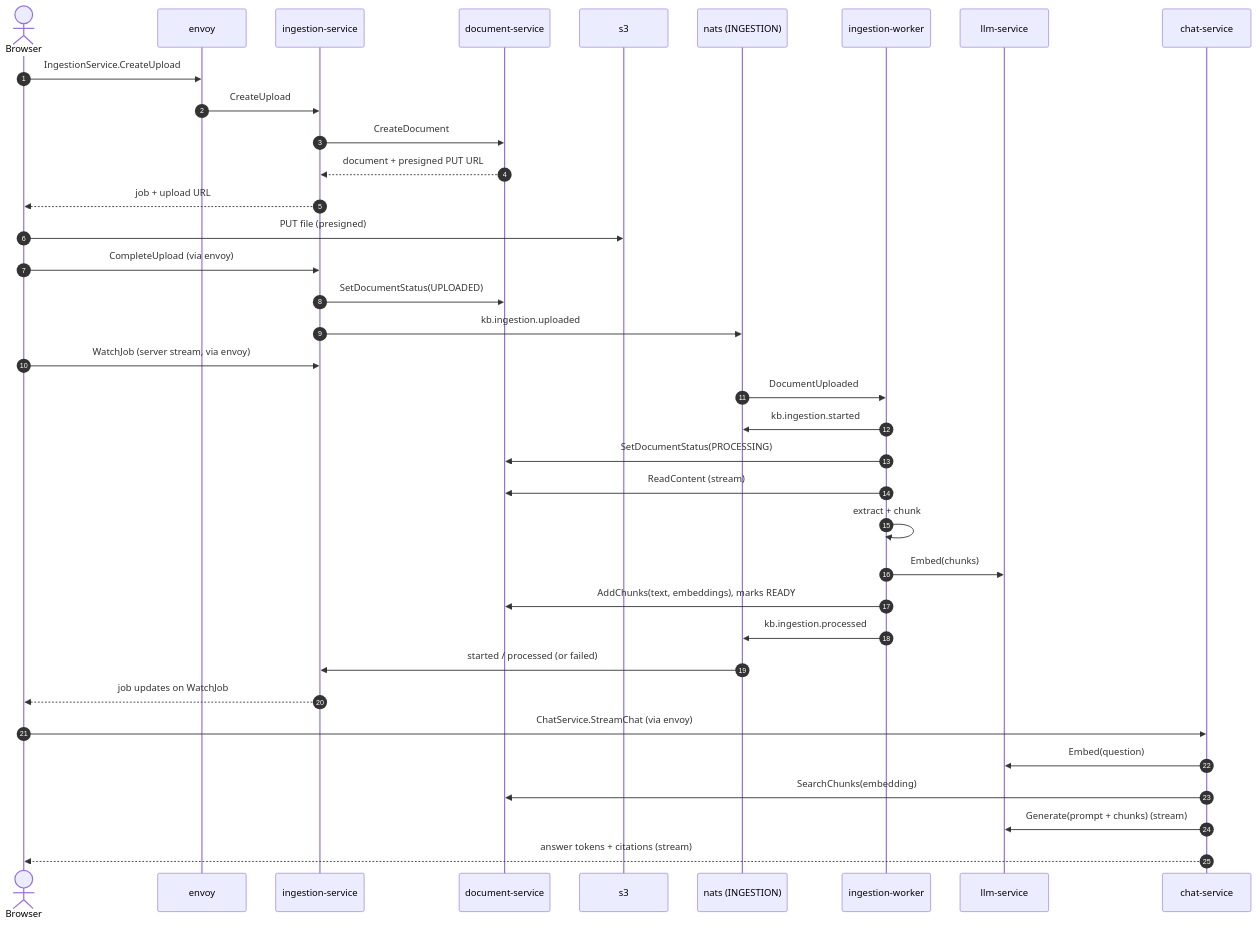
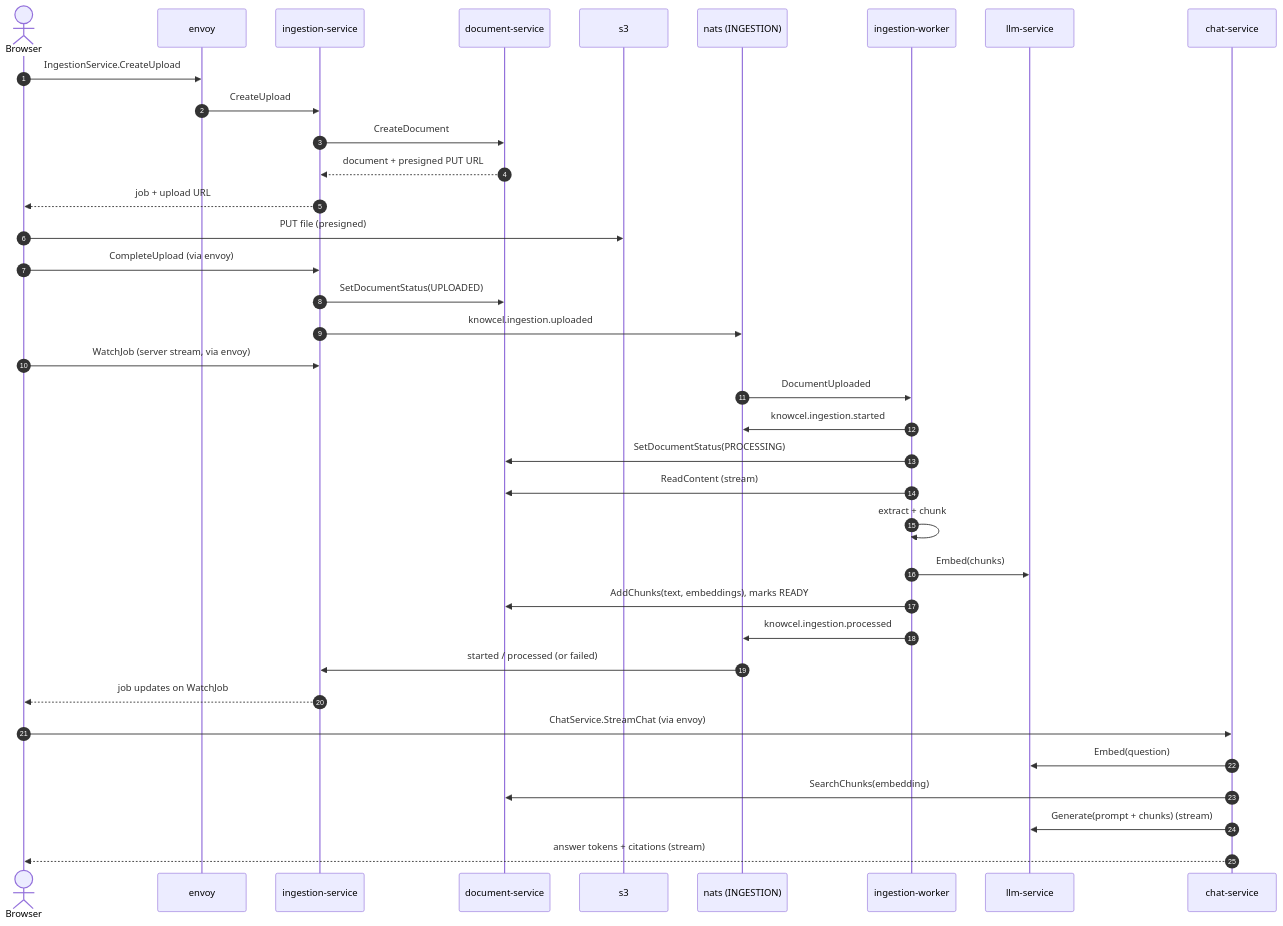
Before and after one commit to ChristophBe/kb: the third of 3 diagrams in docs/architecture/overview.md, drawn with Mermaid. The commit also changed other lines of this file and 273 other files, not shown here.

````diff
--- a/docs/architecture/overview.md
+++ b/docs/architecture/overview.md
@@ -99,41 +99,41 @@
 ```mermaid
 sequenceDiagram
     autonumber
     actor U as Browser
     participant E as envoy
     participant I as ingestion-service
     participant D as document-service
     participant S3 as s3
     participant N as nats (INGESTION)
     participant W as ingestion-worker
     participant L as llm-service
     participant C as chat-service
 
     U->>E: IngestionService.CreateUpload
     E->>I: CreateUpload
     I->>D: CreateDocument
     D-->>I: document + presigned PUT URL
     I-->>U: job + upload URL
     U->>S3: PUT file (presigned)
     U->>I: CompleteUpload (via envoy)
     I->>D: SetDocumentStatus(UPLOADED)
-    I->>N: kb.ingestion.uploaded
+    I->>N: knowcel.ingestion.uploaded
     U->>I: WatchJob (server stream, via envoy)
 
     N->>W: DocumentUploaded
-    W->>N: kb.ingestion.started
+    W->>N: knowcel.ingestion.started
     W->>D: SetDocumentStatus(PROCESSING)
     W->>D: ReadContent (stream)
     W->>W: extract + chunk
     W->>L: Embed(chunks)
     W->>D: AddChunks(text, embeddings), marks READY
-    W->>N: kb.ingestion.processed
+    W->>N: knowcel.ingestion.processed
     N->>I: started / processed (or failed)
     I-->>U: job updates on WatchJob
 
     U->>C: ChatService.StreamChat (via envoy)
     C->>L: Embed(question)
     C->>D: SearchChunks(embedding)
     C->>L: Generate(prompt + chunks) (stream)
     C-->>U: answer tokens + citations (stream)
 ```
````
